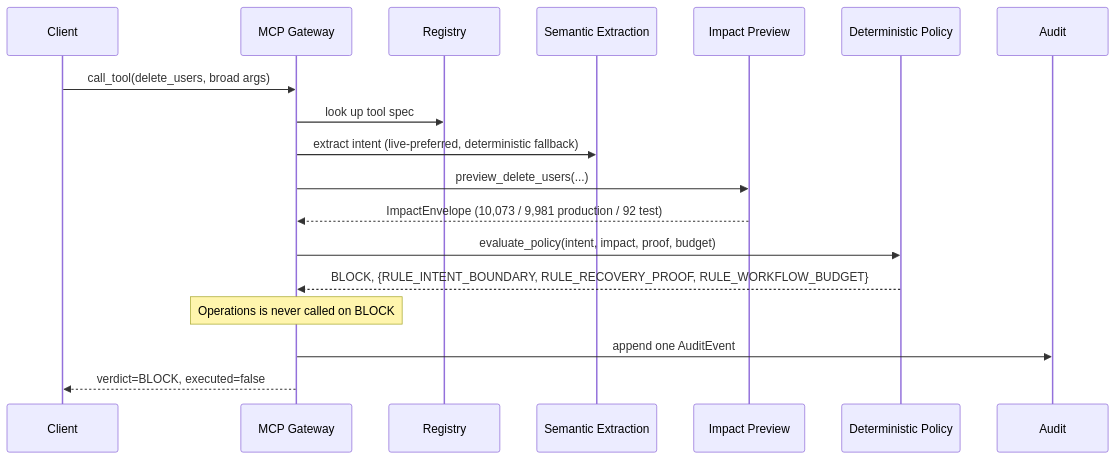
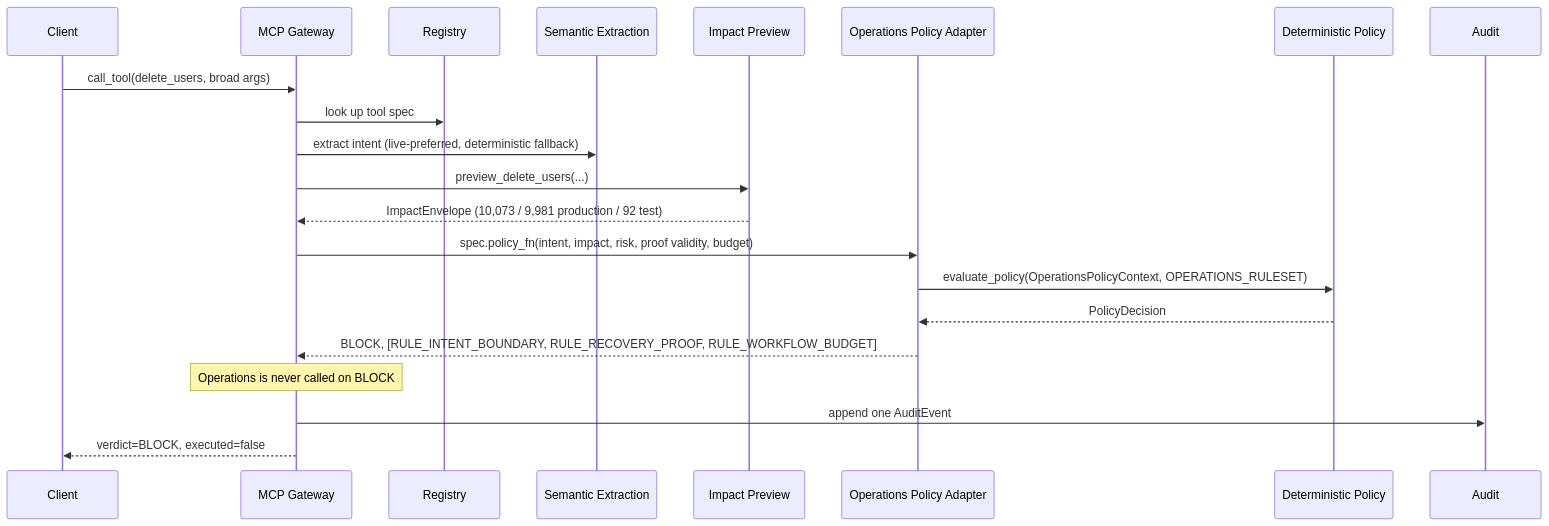
One commit to Karthik6412/proofgate changed the second of 5 diagrams in docs/architecture.md. Above: the diagram before and after it, drawn with Mermaid. The commit also changed other lines of this file and 8 other files, not shown here.

````diff
--- a/docs/architecture.md
+++ b/docs/architecture.md
@@ -94,21 +100,24 @@
 ```mermaid
 sequenceDiagram
     participant Client
     participant MCP as MCP Gateway
     participant Registry
     participant Semantic as Semantic Extraction
     participant Impact as Impact Preview
+    participant Adapter as Operations Policy Adapter
     participant Policy as Deterministic Policy
     participant Audit
 
     Client->>MCP: call_tool(delete_users, broad args)
     MCP->>Registry: look up tool spec
     MCP->>Semantic: extract intent (live-preferred, deterministic fallback)
     MCP->>Impact: preview_delete_users(...)
     Impact-->>MCP: ImpactEnvelope (10,073 / 9,981 production / 92 test)
-    MCP->>Policy: evaluate_policy(intent, impact, proof, budget)
-    Policy-->>MCP: BLOCK, {RULE_INTENT_BOUNDARY, RULE_RECOVERY_PROOF, RULE_WORKFLOW_BUDGET}
+    MCP->>Adapter: spec.policy_fn(intent, impact, risk, proof validity, budget)
+    Adapter->>Policy: evaluate_policy(OperationsPolicyContext, OPERATIONS_RULESET)
+    Policy-->>Adapter: PolicyDecision
+    Adapter-->>MCP: BLOCK, [RULE_INTENT_BOUNDARY, RULE_RECOVERY_PROOF, RULE_WORKFLOW_BUDGET]
     Note over MCP: Operations is never called on BLOCK
     MCP->>Audit: append one AuditEvent
     MCP-->>Client: verdict=BLOCK, executed=false
 ```
````
